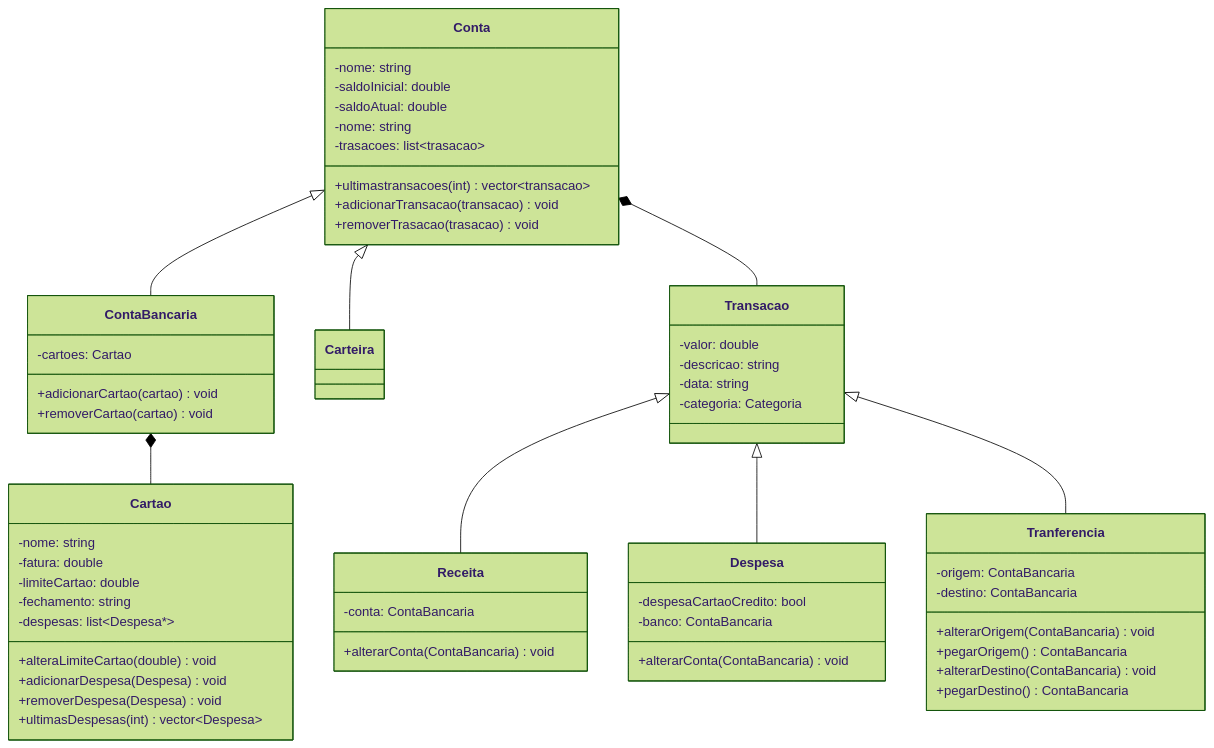
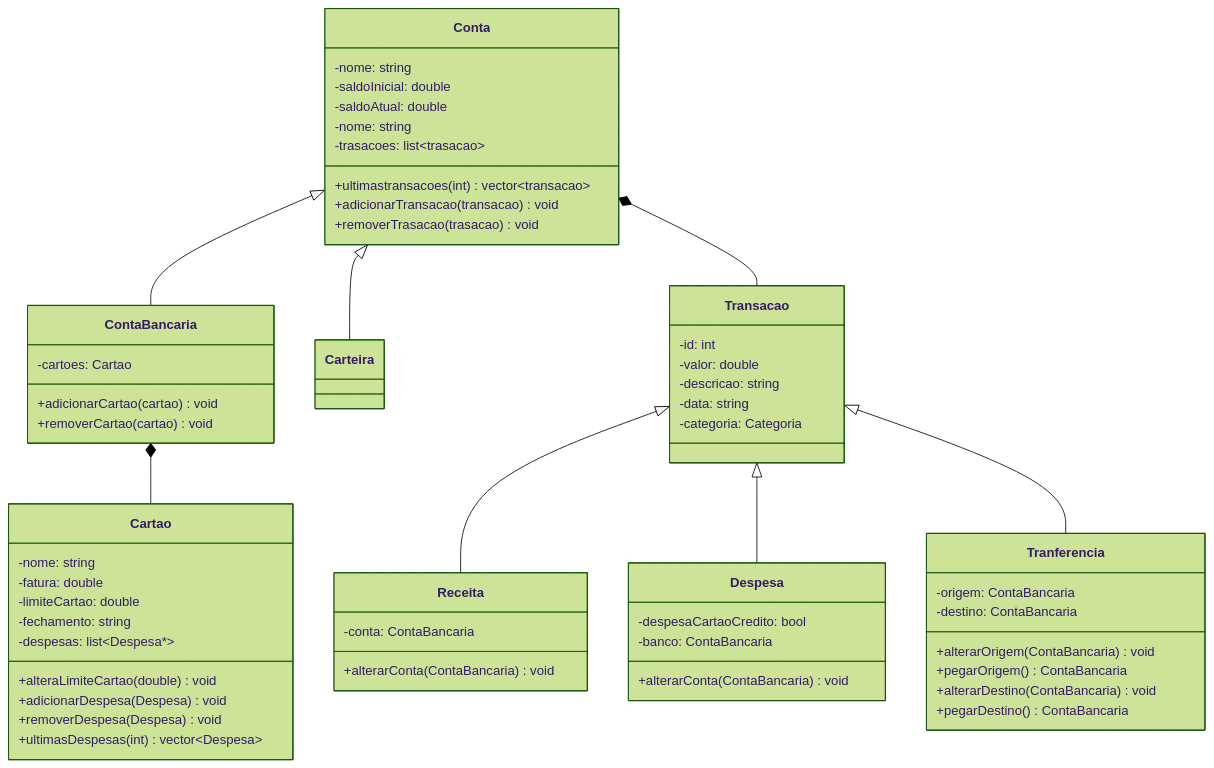
One commit to Le0-1/projeto-final-pd2 changed the diagram in docs/diagrama.md. Above: the diagram before and after it, drawn with Mermaid (forest theme).

````diff
--- a/docs/diagrama.md
+++ b/docs/diagrama.md
@@ -1,80 +1,81 @@
 ```mermaid
 classDiagram
 
 Conta <|-- ContaBancaria
 Conta <|-- Carteira
 
 Conta *-- Transacao
 ContaBancaria *-- Cartao
 
 class Conta {
     -nome: string
     -saldoInicial: double
     -saldoAtual: double
     -nome: string
     -trasacoes: list~trasacao~
 
     +ultimastransacoes(int) vector~transacao~
     +adicionarTransacao(transacao) void
     +removerTrasacao(trasacao) void
 }
 
 class ContaBancaria {
     -cartoes: Cartao
 
     +adicionarCartao(cartao) void
     +removerCartao(cartao) void
 }
 
 class Carteira {
                    
 }
 
 class Cartao {
     -nome: string
     -fatura: double
     -limiteCartao: double
     -fechamento: string
     -despesas: list~Despesa*~
 
     +alteraLimiteCartao(double) void
     +adicionarDespesa(Despesa) void
     +removerDespesa(Despesa) void
     +ultimasDespesas(int) vector~Despesa~
     
 }
 
 Transacao <|-- Receita
 Transacao <|-- Despesa
 Transacao <|-- Tranferencia
 
 class Transacao {
+    -id: int
     -valor: double
     -descricao: string
     -data: string
     -categoria: Categoria
 }
 
 class Receita {
     -conta: ContaBancaria 
 
     +alterarConta(ContaBancaria) void
 }
 
 class Despesa {
     -despesaCartaoCredito: bool
     -banco: ContaBancaria
 
     +alterarConta(ContaBancaria) void
 }
 
 class Tranferencia {
     -origem: ContaBancaria
     -destino: ContaBancaria
 
     +alterarOrigem(ContaBancaria) void
     +pegarOrigem() ContaBancaria
     +alterarDestino(ContaBancaria) void
     +pegarDestino() ContaBancaria
 }
 ```
````
